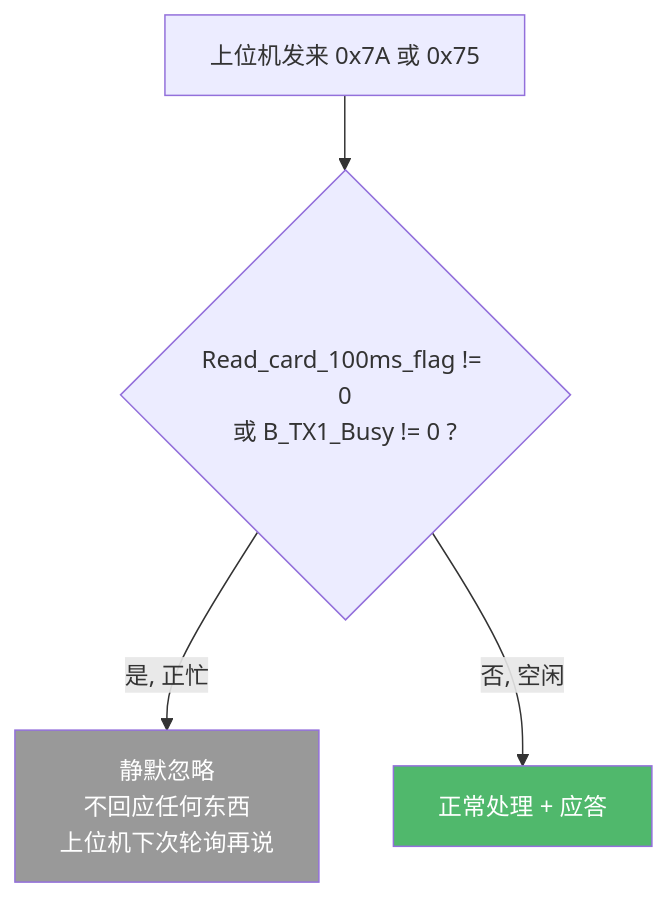
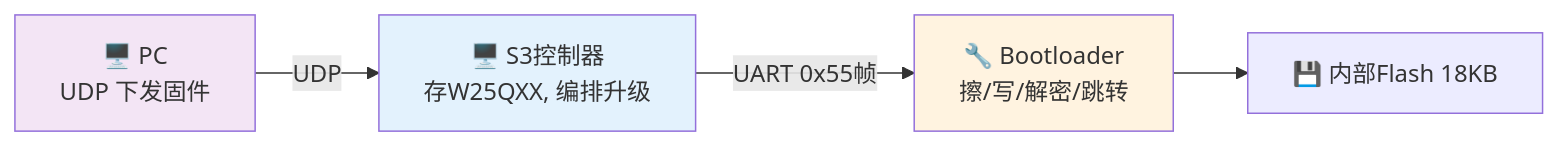
Before and after one commit to Siaiai/ObsidianNote: diagram 12 of 16 in 工作/SR3读卡器/260802SR3读卡器需求.md, drawn with Mermaid. The commit also changed other lines of this file and 3 other files, not shown here.

````diff
--- a/工作/SR3读卡器/260802SR3读卡器需求.md
+++ b/工作/SR3读卡器/260802SR3读卡器需求.md
@@ -364,10 +423,10 @@
 ```mermaid
-flowchart TD
-    命令来["上位机发来 0x7A 或 0x75"] --> 检查{"Read_card_100ms_flag != 0<br/>或 B_TX1_Busy != 0 ?"}
+flowchart LR
+    PC["🖥️ PC<br/>UDP 下发固件"] -->|"UDP"| S3["🖥️ S3控制器<br/>存W25QXX, 编排升级"]
+    S3 -->|"UART 0x55帧"| BL["🔧 Bootloader<br/>擦/写/解密/跳转"]
+    BL --> Flash["💾 内部Flash 18KB"]
 
-    检查 -->|"是, 正忙"| 忽略["静默忽略<br/>不回应任何东西<br/>上位机下次轮询再说"]
-    检查 -->|"否, 空闲"| 正常["正常处理 + 应答"]
-
-    style 忽略 fill:#999,color:#fff
-    style 正常 fill:#50B86C,color:#fff
+    style PC fill:#f3e5f5
+    style S3 fill:#e3f2fd
+    style BL fill:#fff3e0
 ```
````
